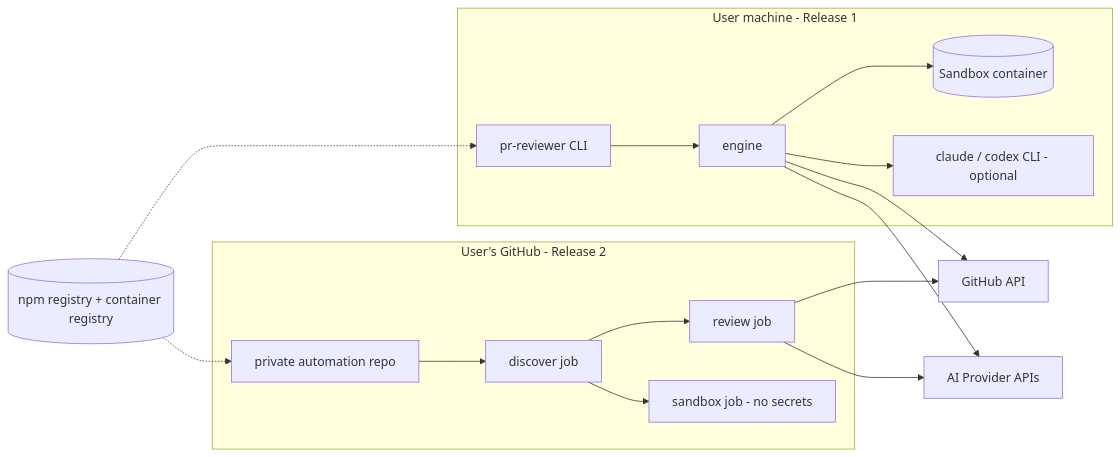
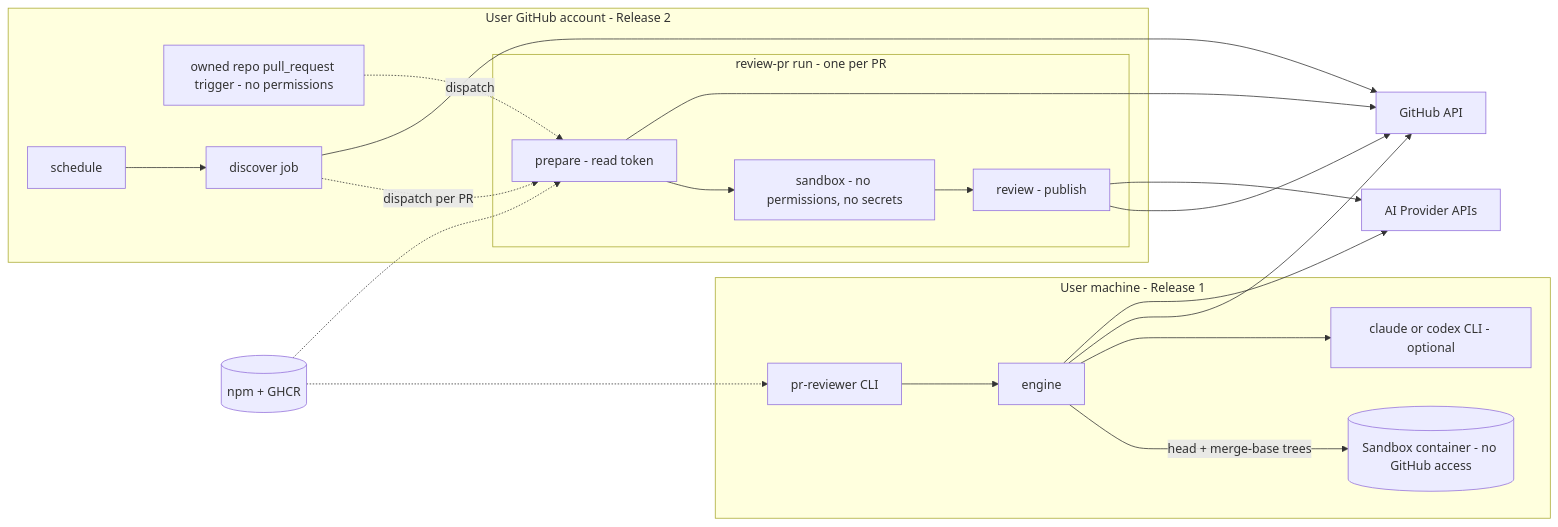
Before and after one commit to bharathravi-dev/PR-Review: the third of 3 diagrams in _bmad-output/planning-artifacts/architecture/architecture-pr-reviewer-2026-11-25/ARCHITECTURE-SPINE.md, drawn with Mermaid. The commit also changed other lines of this file and 17 other files, not shown here.

````diff
--- a/_bmad-output/planning-artifacts/architecture/architecture-pr-reviewer-2026-11-25/ARCHITECTURE-SPINE.md
+++ b/_bmad-output/planning-artifacts/architecture/architecture-pr-reviewer-2026-11-25/ARCHITECTURE-SPINE.md
@@ -248,19 +353,26 @@
 ```mermaid
 flowchart LR
   subgraph Laptop[User machine - Release 1]
     CLI2[pr-reviewer CLI] --> ENG2[engine]
-    ENG2 --> SBX2[(Sandbox container)]
-    ENG2 --> VCLI[claude / codex CLI - optional]
+    ENG2 -->|head + merge-base trees| SBX2[(Sandbox container - no GitHub access)]
+    ENG2 --> VCLI[claude or codex CLI - optional]
   end
   ENG2 --> GHAPI[GitHub API]
   ENG2 --> AIAPI[AI Provider APIs]
-  subgraph UserGH[User's GitHub - Release 2]
-    AR[private automation repo] --> DJ[discover job]
-    DJ --> RJ[review job]
-    DJ --> SJ[sandbox job - no secrets]
+  subgraph UserGH[User GitHub account - Release 2]
+    OWN[owned repo pull_request trigger - no permissions]
+    SCH[schedule] --> DJ[discover job]
+    subgraph RP[review-pr run - one per PR]
+      PJ[prepare - read token] --> SJ[sandbox - no permissions, no secrets]
+      SJ --> RJ[review - publish]
+    end
+    OWN -.->|dispatch| PJ
+    DJ -.->|dispatch per PR| PJ
   end
+  DJ --> GHAPI
+  PJ --> GHAPI
   RJ --> GHAPI
   RJ --> AIAPI
-  REG[(npm registry + container registry)] -.-> CLI2
-  REG -.-> AR
+  REG[(npm + GHCR)] -.-> CLI2
+  REG -.-> PJ
 ```
````
